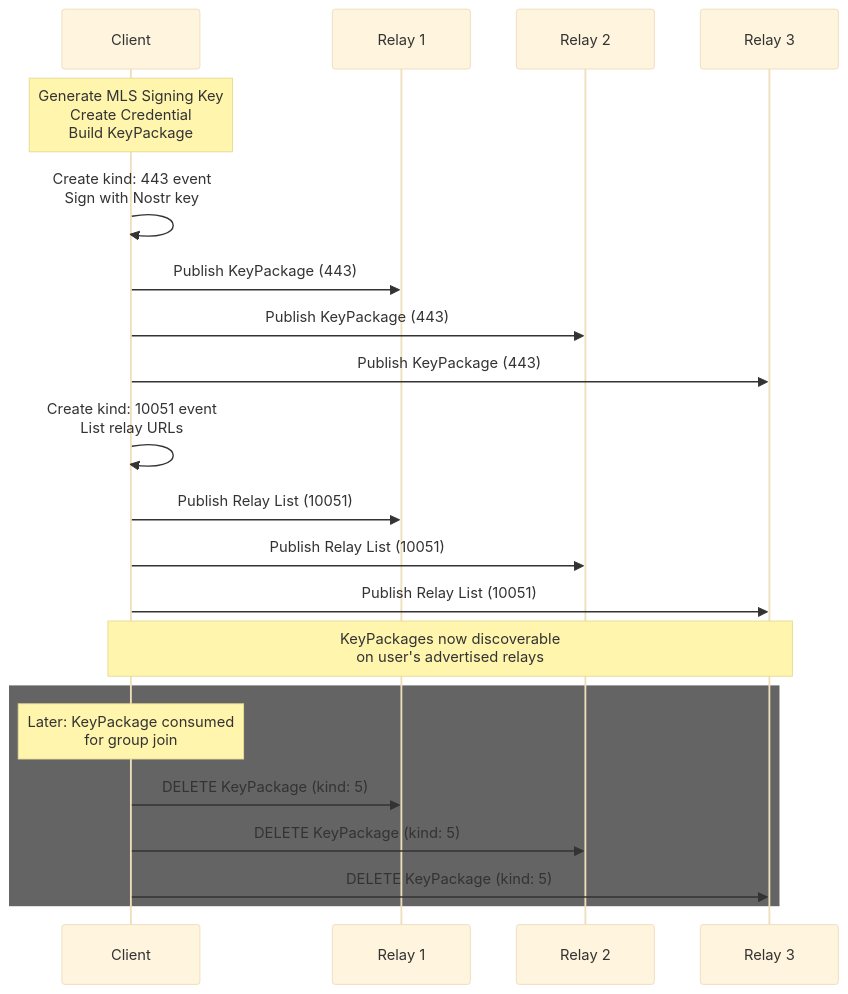
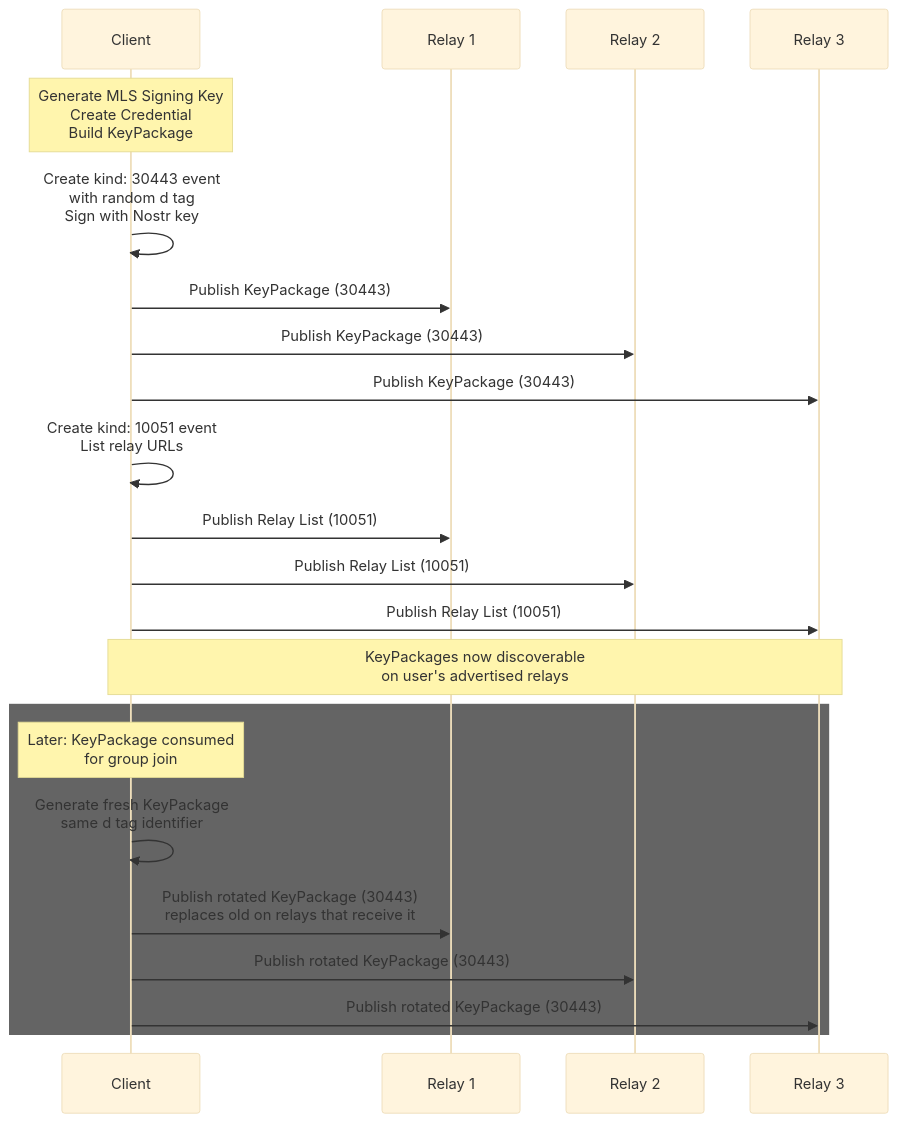
Before and after one commit to hzrd149/marmot: the first of 10 diagrams in data_flows.md, drawn with Mermaid (base theme). The commit also changed other lines of this file and 7 other files, not shown here.

First line of the commit message:
feat(mip-00): migrate KeyPackage events to addressable kind:30443 with d tag (#54)

````diff
--- a/data_flows.md
+++ b/data_flows.md
@@ -58,31 +58,32 @@
 ```mermaid
 sequenceDiagram
     participant C as Client
     participant R1 as Relay 1
     participant R2 as Relay 2
     participant R3 as Relay 3
 
     Note over C: Generate MLS Signing Key<br/>Create Credential<br/>Build KeyPackage
 
-    C->>C: Create kind: 443 event<br/>Sign with Nostr key
+    C->>C: Create kind: 30443 event<br/>with random d tag<br/>Sign with Nostr key
 
-    C->>R1: Publish KeyPackage (443)
-    C->>R2: Publish KeyPackage (443)
-    C->>R3: Publish KeyPackage (443)
+    C->>R1: Publish KeyPackage (30443)
+    C->>R2: Publish KeyPackage (30443)
+    C->>R3: Publish KeyPackage (30443)
 
 
     C->>C: Create kind: 10051 event<br/>List relay URLs
 
     C->>R1: Publish Relay List (10051)
     C->>R2: Publish Relay List (10051)
     C->>R3: Publish Relay List (10051)
 
     Note over C,R3: KeyPackages now discoverable<br/>on user's advertised relays
 
     rect rgb(100, 100, 100)
         Note over C: Later: KeyPackage consumed<br/>for group join
-        C->>R1: DELETE KeyPackage (kind: 5)
-        C->>R2: DELETE KeyPackage (kind: 5)
-        C->>R3: DELETE KeyPackage (kind: 5)
+        C->>C: Generate fresh KeyPackage<br/>same d tag identifier
+        C->>R1: Publish rotated KeyPackage (30443)<br/>replaces old on relays that receive it
+        C->>R2: Publish rotated KeyPackage (30443)
+        C->>R3: Publish rotated KeyPackage (30443)
     end
 ```
````
